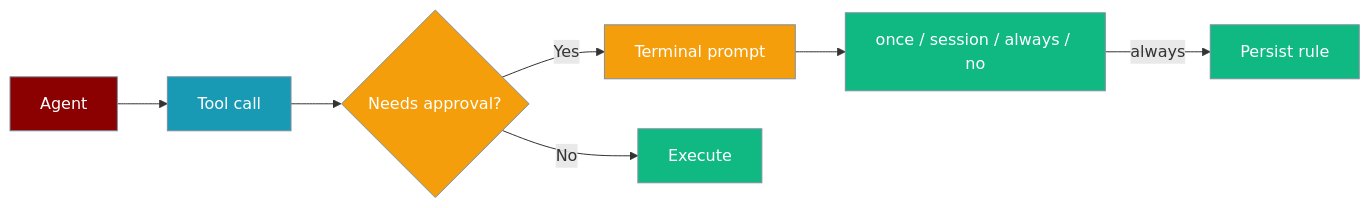
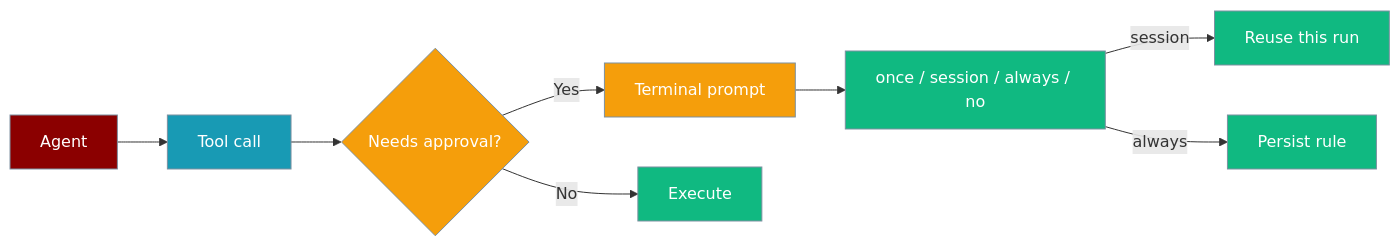
Before and after one commit to MervinPraison/PraisonAIDocs: the first of 5 diagrams in docs/features/interactive-approval.mdx, drawn with Mermaid. The commit also changed other lines of this file and 3 other files, not shown here.

First line of the commit message:
docs: update interactive tool-approval prompt for once/session/always scopes (fixes #1964)

````diff
--- a/docs/features/interactive-approval.mdx
+++ b/docs/features/interactive-approval.mdx
@@ -23,20 +23,21 @@
 ```mermaid
 graph LR
     A[Agent] --> B[Tool call]
     B --> C{Needs approval?}
     C -->|Yes| D[Terminal prompt]
     D --> E[once / session / always / no]
-    E -->|always| F[Persist rule]
-    C -->|No| G[Execute]
+    E -->|session| F[Reuse this run]
+    E -->|always| G[Persist rule]
+    C -->|No| H[Execute]
 
     classDef agent fill:#8B0000,stroke:#7C90A0,color:#fff
     classDef tool fill:#189AB4,stroke:#7C90A0,color:#fff
     classDef check fill:#F59E0B,stroke:#7C90A0,color:#fff
     classDef ok fill:#10B981,stroke:#7C90A0,color:#fff
 
     class A agent
     class B tool
     class C,D check
-    class E,F,G ok
+    class E,F,G,H ok
 
 ```
````
